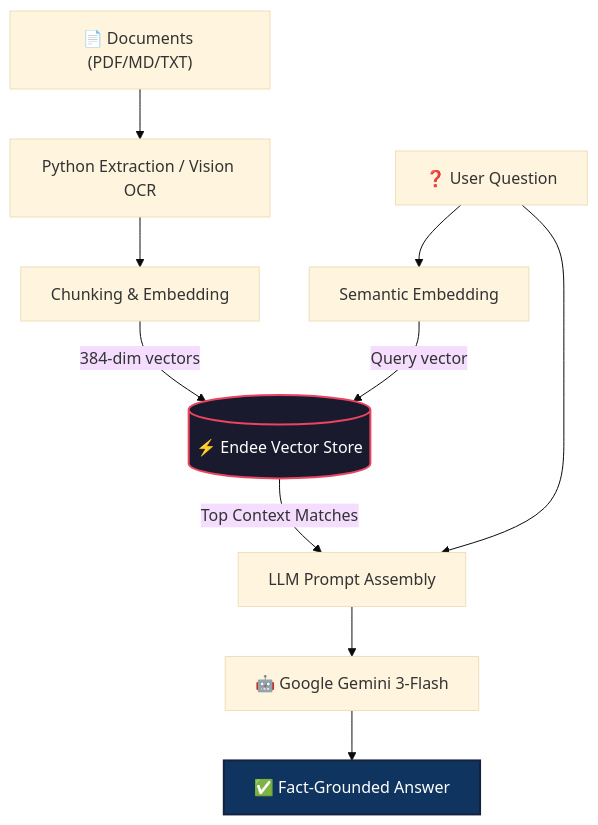
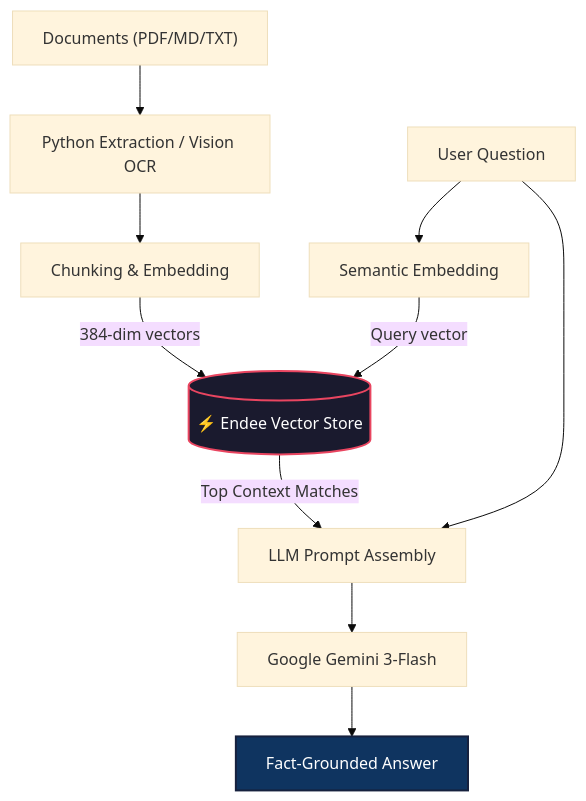
One commit to Vikash9546/endee changed the diagram in assignment/README.md. Above: the diagram before and after it, drawn with Mermaid (base theme). The commit also changed other lines of this file, not shown here.

````diff
--- a/assignment/README.md
+++ b/assignment/README.md
@@ -35,17 +35,17 @@
 ```mermaid
 graph TD
-    A["📄 Documents (PDF/MD/TXT)"] --> B["Python Extraction / Vision OCR"]
+    A["Documents (PDF/MD/TXT)"] --> B["Python Extraction / Vision OCR"]
     B --> C["Chunking & Embedding"]
     C -->|384-dim vectors| E[("⚡ Endee Vector Store")]
     
-    F["❓ User Question"] --> G["Semantic Embedding"]
+    F[" User Question"] --> G["Semantic Embedding"]
     G -->|Query vector| E
     E -->|"Top Context Matches"| H["LLM Prompt Assembly"]
     F --> H
     
-    H --> I["🤖 Google Gemini 3-Flash"]
-    I --> J["✅ Fact-Grounded Answer"]
+    H --> I[" Google Gemini 3-Flash"]
+    I --> J[" Fact-Grounded Answer"]
 
     style E fill:#1a1a2e,stroke:#e94560,stroke-width:2px,color:#fff
     style J fill:#0f3460,stroke:#16213e,stroke-width:2px,color:#fff
 ```
````
